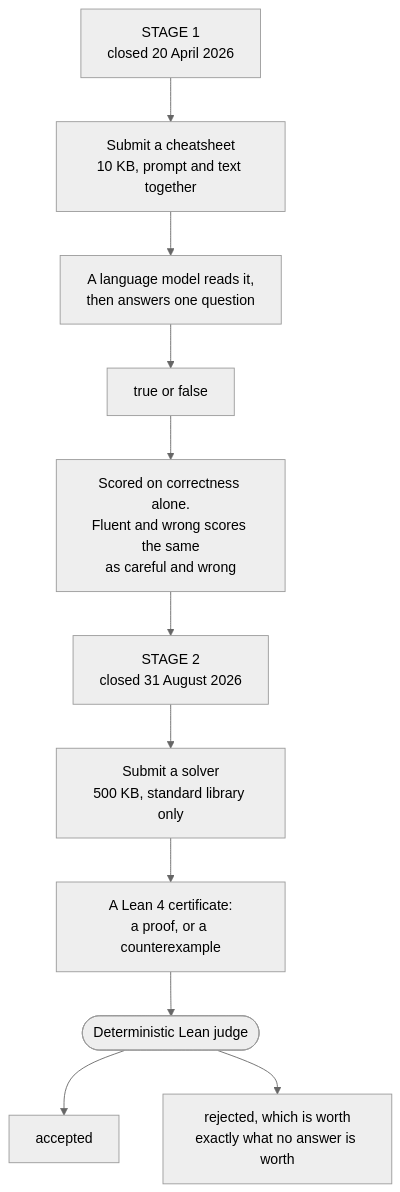
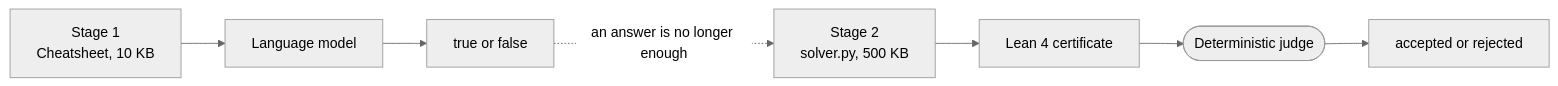
Before and after one commit to Amey-Thakur/MATHEMATICS-DISTILLATION-CHALLENGE: the first of 2 diagrams in README.md, drawn with Mermaid (neutral theme). The commit also changed other lines of this file, not shown here.

````diff
--- a/README.md
+++ b/README.md
@@ -74,13 +74,9 @@
 ```mermaid
-flowchart TD
-    A["STAGE 1<br>closed 20 April 2026"] --> B["Submit a cheatsheet<br>10 KB, prompt and text together"]
-    B --> C["A language model reads it,<br>then answers one question"]
-    C --> D["true or false"]
-    D --> E["Scored on correctness alone.<br>Fluent and wrong scores the same<br>as careful and wrong"]
-    E --> F["STAGE 2<br>closed 31 August 2026"]
-    F --> G["Submit a solver<br>500 KB, standard library only"]
-    G --> H["A Lean 4 certificate:<br>a proof, or a counterexample"]
-    H --> I(["Deterministic Lean judge"])
-    I --> J["accepted"]
-    I --> K["rejected, which is worth<br>exactly what no answer is worth"]
+flowchart LR
+    A["Stage 1<br>Cheatsheet, 10 KB"] --> B["Language model"]
+    B --> C["true or false"]
+    C -.->|"an answer is no longer enough"| D["Stage 2<br>solver.py, 500 KB"]
+    D --> E["Lean 4 certificate"]
+    E --> F(["Deterministic judge"])
+    F --> G["accepted or rejected"]
 ```
````
